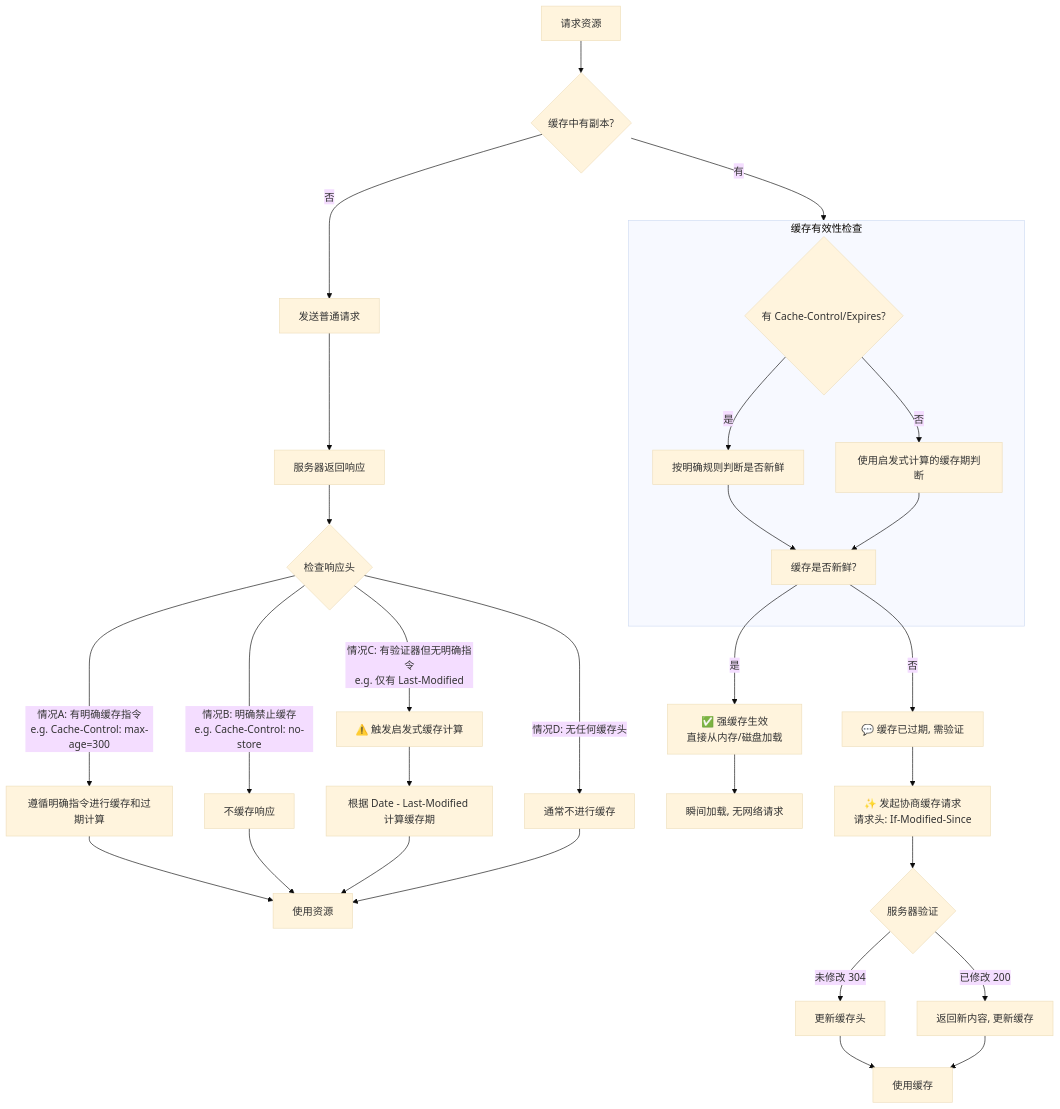
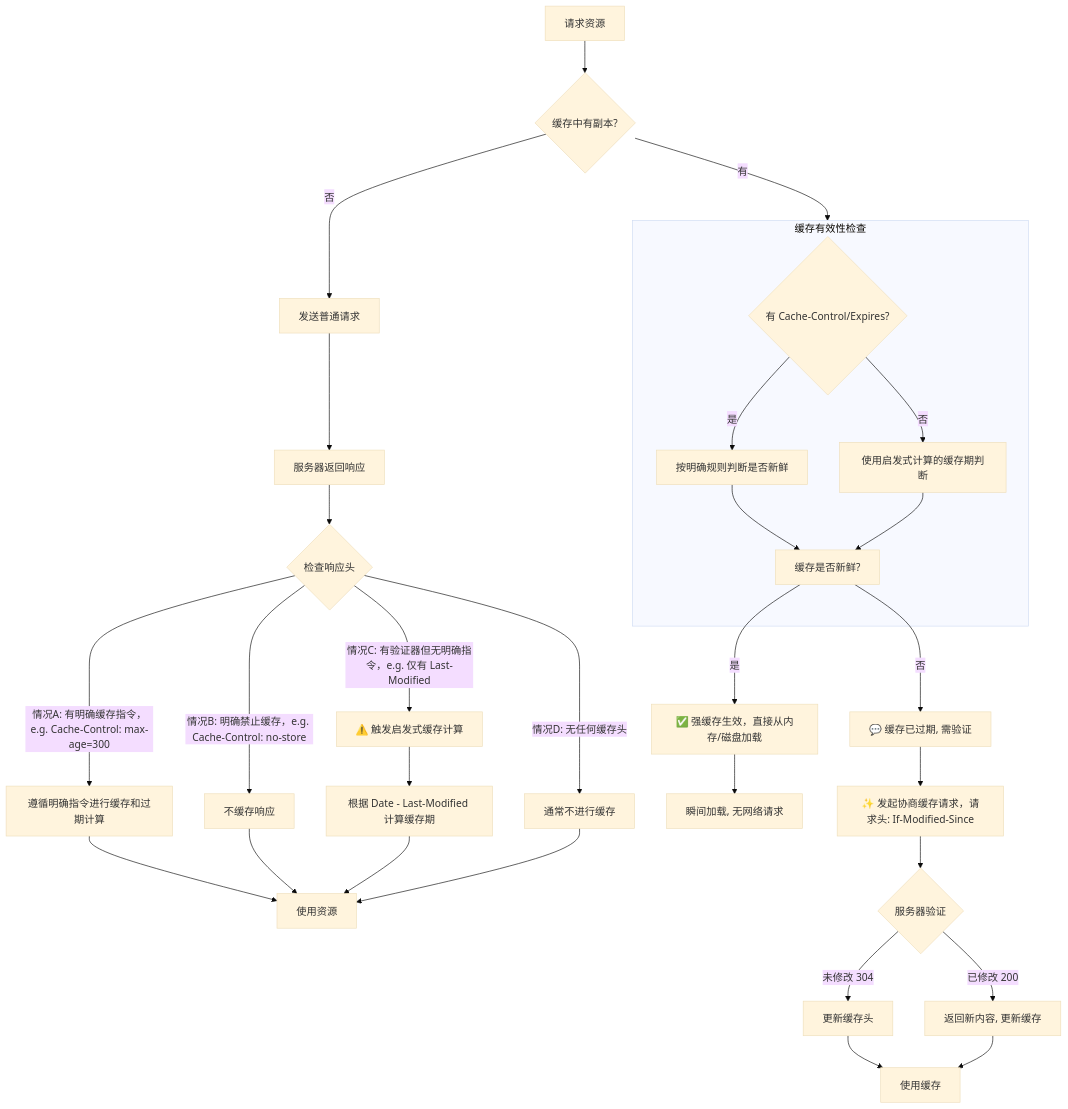
One commit to YeMao-Zi/YeMao-Zi.github.io changed the diagram in docs/01.前端/25.JavaScript文章/205.浏览器缓存机制.md. Above: the diagram before and after it, drawn with Mermaid (base theme). The commit also changed 4 other files, not shown here.

Commit message:
feat: 人鱼图调整

````diff
--- a/docs/01.前端/25.JavaScript文章/205.浏览器缓存机制.md
+++ b/docs/01.前端/25.JavaScript文章/205.浏览器缓存机制.md
@@ -116,42 +116,42 @@
 ```mermaid
 graph TD
     A[请求资源] --> B{缓存中有副本?}
 
     B -- 否 --> C[发送普通请求]
     C --> D[服务器返回响应]
     D --> E{检查响应头}
 
-    E -- 情况A: 有明确缓存指令<br>e.g. Cache-Control: max-age=300 --> F[遵循明确指令进行缓存和过期计算]
+    E -- 情况A: 有明确缓存指令，e.g. Cache-Control: max-age=300 --> F[遵循明确指令进行缓存和过期计算]
     F --> G[使用资源]
 
-    E -- 情况B: 明确禁止缓存<br>e.g. Cache-Control: no-store --> H[不缓存响应]
+    E -- 情况B: 明确禁止缓存，e.g. Cache-Control: no-store --> H[不缓存响应]
     H --> G
 
-    E -- 情况C: 有验证器但无明确指令<br>e.g. 仅有 Last-Modified --> I[⚠️ 触发启发式缓存计算]
+    E -- 情况C: 有验证器但无明确指令，e.g. 仅有 Last-Modified --> I[⚠️ 触发启发式缓存计算]
     I --> J[根据 Date - Last-Modified 计算缓存期]
     J --> G
 
     E -- 情况D: 无任何缓存头 --> K[通常不进行缓存]
     K --> G
 
     B -- 有 --> L
 
     subgraph L [缓存有效性检查]
         M{有 Cache-Control/Expires?}
         M -- 是 --> N[按明确规则判断是否新鲜]
         M -- 否 --> O[使用启发式计算的缓存期判断]
         N --> P[缓存是否新鲜?]
         O --> P
     end
 
-    P -- 是 --> Q[✅ 强缓存生效<br>直接从内存/磁盘加载]
+    P -- 是 --> Q[✅ 强缓存生效，直接从内存/磁盘加载]
     Q --> R[瞬间加载, 无网络请求]
 
     P -- 否 --> S[💬 缓存已过期, 需验证]
-    S --> T[✨ 发起协商缓存请求<br>请求头: If-Modified-Since]
+    S --> T[✨ 发起协商缓存请求，请求头: If-Modified-Since]
     T --> U{服务器验证}
     U -- 未修改 304 --> V[更新缓存头]
     V --> W[使用缓存]
     U -- 已修改 200 --> X[返回新内容, 更新缓存]
     X --> W
 ```
````
